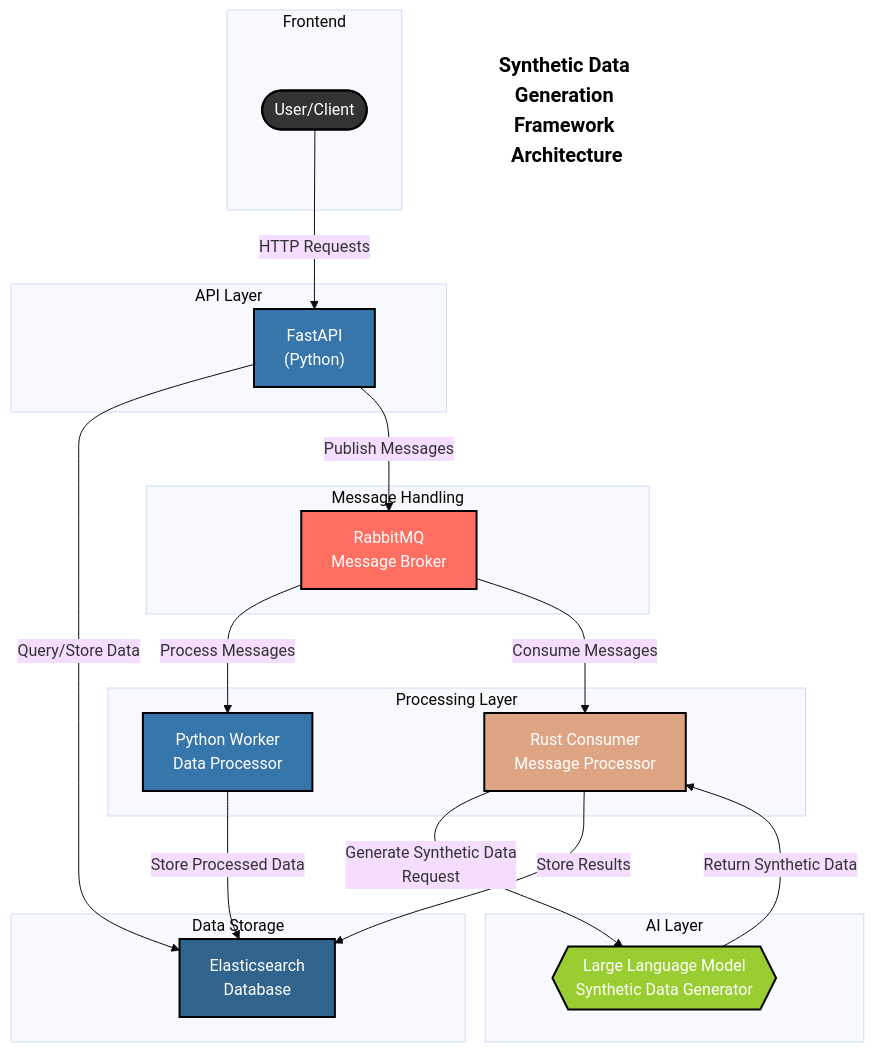
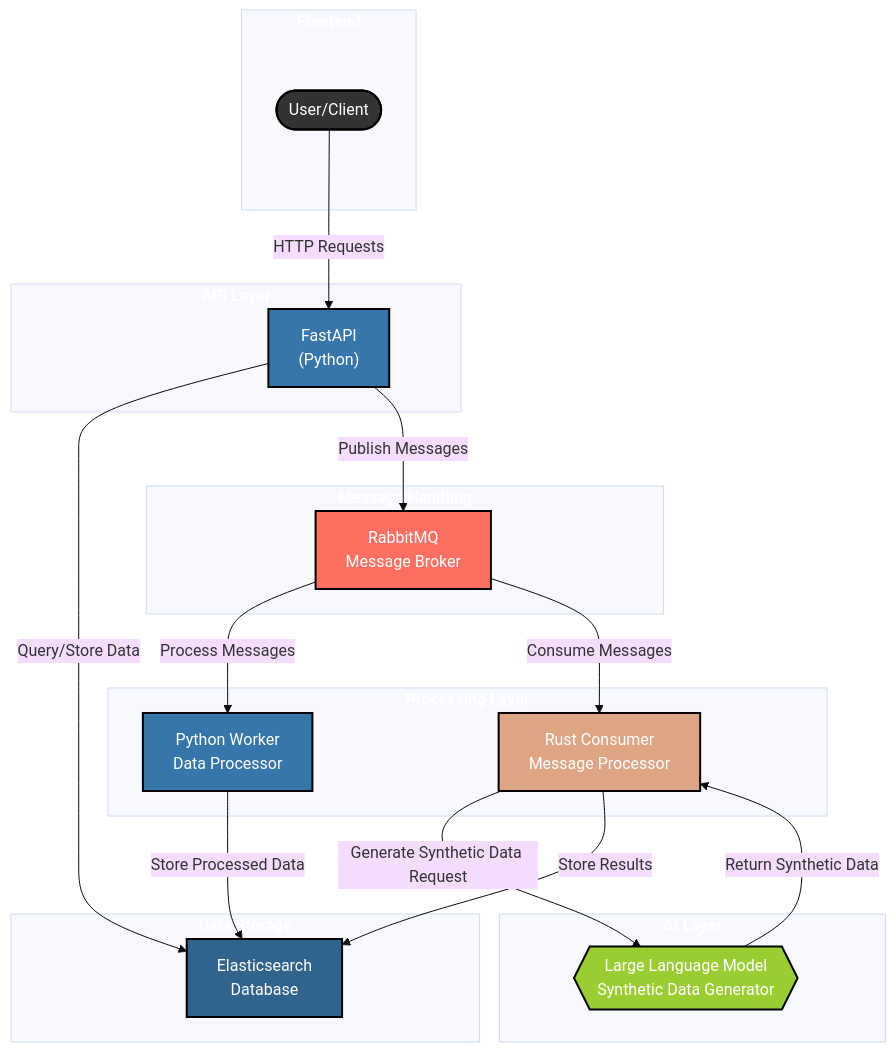
Before and after one commit to nasirus/synthgen: the diagram in ARCHITECTURE.md, drawn with Mermaid (base theme). The commit also changed 1 other file, not shown here.

Commit message:
Enhance architecture diagram styling and readability
- Updated color scheme for title and subgraph elements
- Added text-align and font-weight styling to subgraphs
- Improved visual clarity of component and subgraph sections
- Maintained consistent architecture representation across ARCHITECTURE.md and README.md

````diff
--- a/ARCHITECTURE.md
+++ b/ARCHITECTURE.md
@@ -7,7 +7,7 @@
 ```mermaid
 flowchart TB
     %% Title
-    classDef titleClass fill:none,stroke:none,color:black,font-size:20px,font-weight:bold
+    classDef titleClass fill:none,stroke:none,color:#FFFFFF,font-size:20px,font-weight:bold
     title["Synthetic Data Generation Framework Architecture"]
     class title titleClass
     
@@ -31,21 +31,23 @@
     api -->|"Query/Store Data"| elasticsearch
     api -->|"Publish Messages"| rabbitmq
     rabbitmq -->|"Process Messages"| worker
-    consumer -->|"Generate Synthetic Data
-    Request"| llm
+    rabbitmq -->|"Consume Messages"| consumer
+    worker -->|"Store Processed Data"| elasticsearch
+    consumer -->|"Generate Synthetic Data Request"| llm
     llm -->|"Return Synthetic Data"| consumer
     consumer -->|"Store Results"| elasticsearch
-    rabbitmq -->|"Consume Messages"| consumer
-    worker -->|"Store Processed Data"| elasticsearch
     
-    %% Component styling
-    classDef clientStyle fill:#333,stroke:#000,color:white,stroke-width:2px
-    classDef apiStyle fill:#3776AB,stroke:#000,color:white,stroke-width:2px
-    classDef dbStyle fill:#31648C,stroke:#000,color:white,stroke-width:2px
-    classDef msgStyle fill:#FF6F61,stroke:#000,color:white,stroke-width:2px
-    classDef llmStyle fill:#9ACD32,stroke:#000,color:white,stroke-width:2px
-    classDef workerStyle fill:#3776AB,stroke:#000,color:white,stroke-width:2px
-    classDef consumerStyle fill:#DEA584,stroke:#000,color:white,stroke-width:2px
+    %% Component styling with centered text
+    classDef clientStyle fill:#333,stroke:#000,color:white,stroke-width:2px,text-align:center
+    classDef apiStyle fill:#3776AB,stroke:#000,color:white,stroke-width:2px,text-align:center
+    classDef dbStyle fill:#31648C,stroke:#000,color:white,stroke-width:2px,text-align:center
+    classDef msgStyle fill:#FF6F61,stroke:#000,color:white,stroke-width:2px,text-align:center
+    classDef llmStyle fill:#9ACD32,stroke:#000,color:white,stroke-width:2px,text-align:center
+    classDef workerStyle fill:#3776AB,stroke:#000,color:white,stroke-width:2px,text-align:center
+    classDef consumerStyle fill:#DEA584,stroke:#000,color:white,stroke-width:2px,text-align:center
+    
+    %% Subgraph styling for better visibility
+    classDef subgraphStyle color:#FFFFFF,text-align:center,font-weight:bold
     
     %% Apply styling
     class client clientStyle
@@ -56,29 +58,32 @@
     class worker workerStyle
     class consumer consumerStyle
     
-    %% Subgraphs for clearer organization
-    subgraph Frontend
+    %% Subgraphs for clearer organization with better visibility
+    subgraph Frontend["Frontend"]
         client
     end
     
-    subgraph "API Layer"
+    subgraph APILayer["API Layer"]
         api
     end
     
-    subgraph "Data Storage"
+    subgraph DataStorage["Data Storage"]
         elasticsearch
     end
     
-    subgraph "Message Handling"
+    subgraph MessageHandling["Message Handling"]
         rabbitmq
     end
     
-    subgraph "Processing Layer"
+    subgraph ProcessingLayer["Processing Layer"]
         worker
         consumer
     end
     
-    subgraph "AI Layer"
+    subgraph AILayer["AI Layer"]
         llm
     end
+    
+    %% Apply subgraph styling
+    class Frontend,APILayer,DataStorage,MessageHandling,ProcessingLayer,AILayer subgraphStyle
 ```
````
